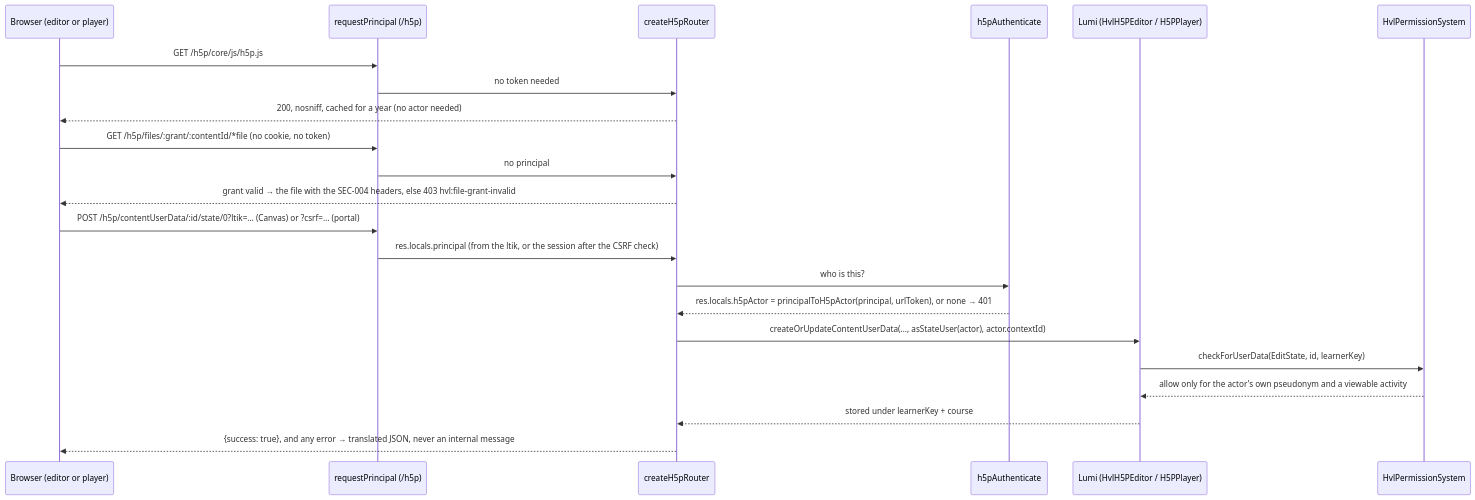
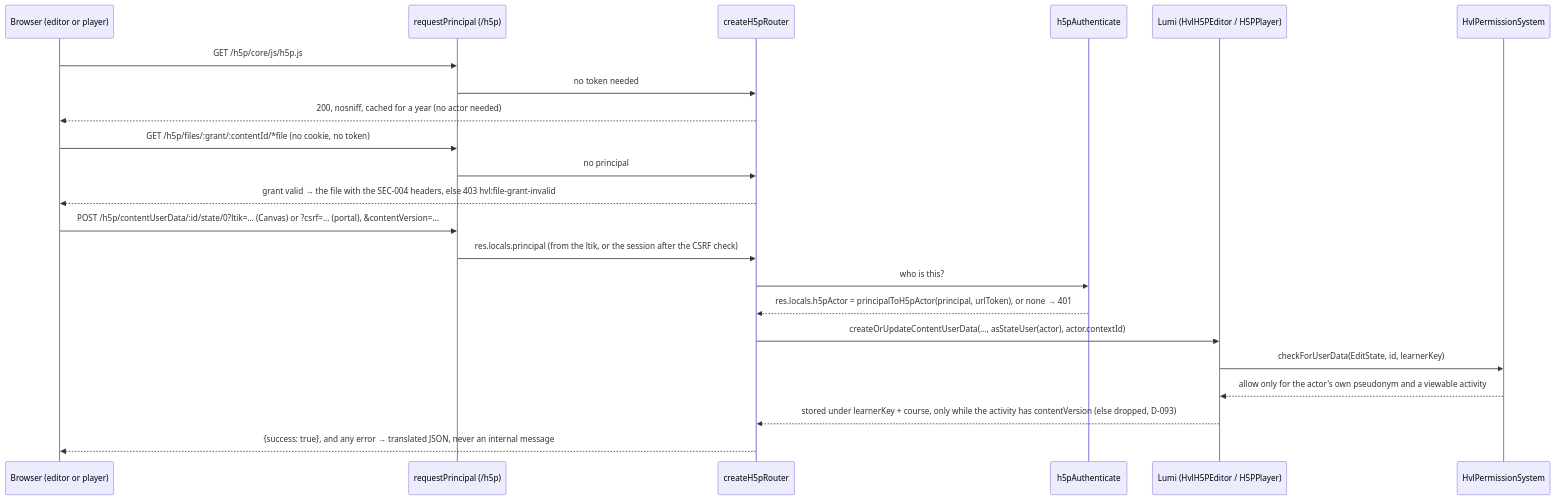
Before and after one commit to bobthebob58/HVL-INTERAKTIV: the eighth of 10 diagrams in apps/server/README.md, drawn with Mermaid. The commit also changed other lines of this file and 119 other files, not shown here.

````diff
--- a/apps/server/README.md
+++ b/apps/server/README.md
@@ -395,24 +397,24 @@
 ```mermaid
 sequenceDiagram
     participant B as Browser (editor or player)
     participant RP as requestPrincipal (/h5p)
     participant R as createH5pRouter
     participant A as h5pAuthenticate
     participant L as Lumi (HvlH5PEditor / H5PPlayer)
     participant P as HvlPermissionSystem
     B->>RP: GET /h5p/core/js/h5p.js
     RP->>R: no token needed
     R-->>B: 200, nosniff, cached for a year (no actor needed)
     B->>RP: GET /h5p/files/:grant/:contentId/*file (no cookie, no token)
     RP->>R: no principal
     R-->>B: grant valid → the file with the SEC-004 headers, else 403 hvl:file-grant-invalid
-    B->>RP: POST /h5p/contentUserData/:id/state/0?ltik=… (Canvas) or ?csrf=… (portal)
+    B->>RP: POST /h5p/contentUserData/:id/state/0?ltik=… (Canvas) or ?csrf=… (portal), &contentVersion=…
     RP->>R: res.locals.principal (from the ltik, or the session after the CSRF check)
     R->>A: who is this?
     A-->>R: res.locals.h5pActor = principalToH5pActor(principal, urlToken), or none → 401
     R->>L: createOrUpdateContentUserData(…, asStateUser(actor), actor.contextId)
     L->>P: checkForUserData(EditState, id, learnerKey)
     P-->>L: allow only for the actor's own pseudonym and a viewable activity
-    L-->>R: stored under learnerKey + course
+    L-->>R: stored under learnerKey + course, only while the activity has contentVersion (else dropped, D-093)
     R-->>B: {success: true}, and any error → translated JSON, never an internal message
 ```
````
